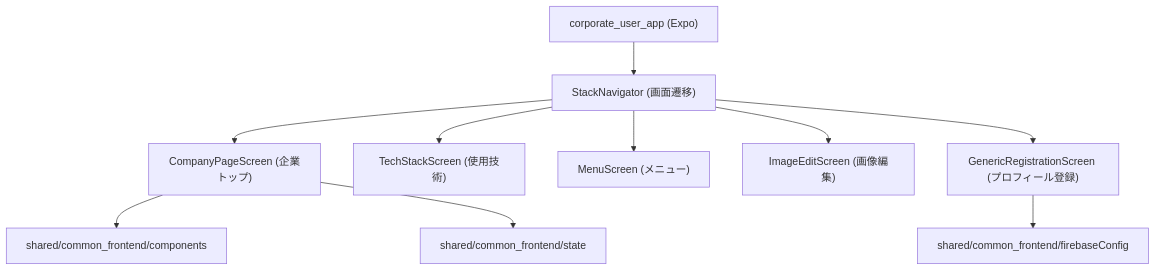
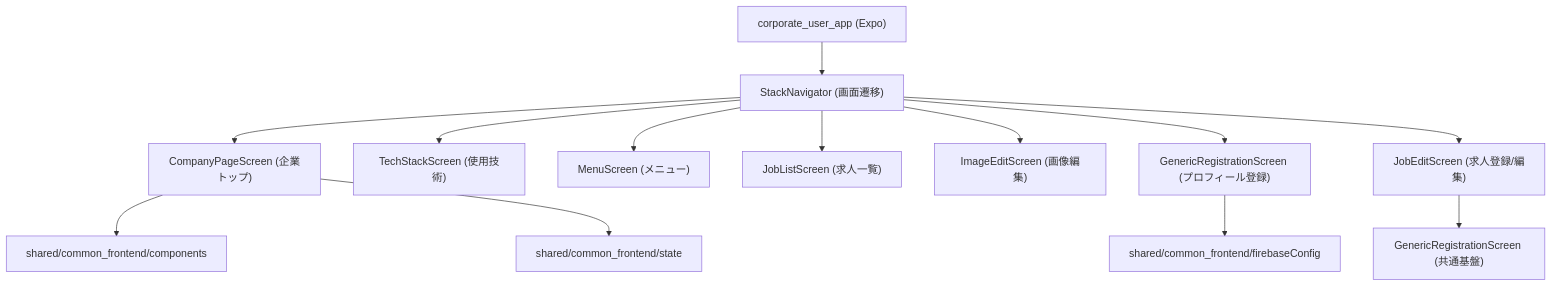
One commit to yama-0t0k0/forAgent changed the second of 4 diagrams in docs/Documentation_eachApp/designdocument_corporate_user_app.md. Above: the diagram before and after it, drawn with Mermaid. The commit also changed other lines of this file and 11 other files, not shown here.

````diff
--- a/docs/Documentation_eachApp/designdocument_corporate_user_app.md
+++ b/docs/Documentation_eachApp/designdocument_corporate_user_app.md
@@ -64,13 +64,16 @@
 ```mermaid
 graph TD
     App["corporate_user_app (Expo)"] --> Nav["StackNavigator (画面遷移)"]
     Nav --> Company["CompanyPageScreen (企業トップ)"]
     Nav --> TechStack["TechStackScreen (使用技術)"]
     Nav --> Menu["MenuScreen (メニュー)"]
+    Nav --> JobList["JobListScreen (求人一覧)"]
     Nav --> ImageEdit["ImageEditScreen (画像編集)"]
     Nav --> Registration["GenericRegistrationScreen (プロフィール登録)"]
+    Nav --> JobEdit["JobEditScreen (求人登録/編集)"]
 
     Company --> SharedUI["shared/common_frontend/components"]
     Company --> SharedState["shared/common_frontend/state"]
     Registration --> Firebase["shared/common_frontend/firebaseConfig"]
+    JobEdit --> RegistrationScreen["GenericRegistrationScreen (共通基盤)"]
 ```
````
